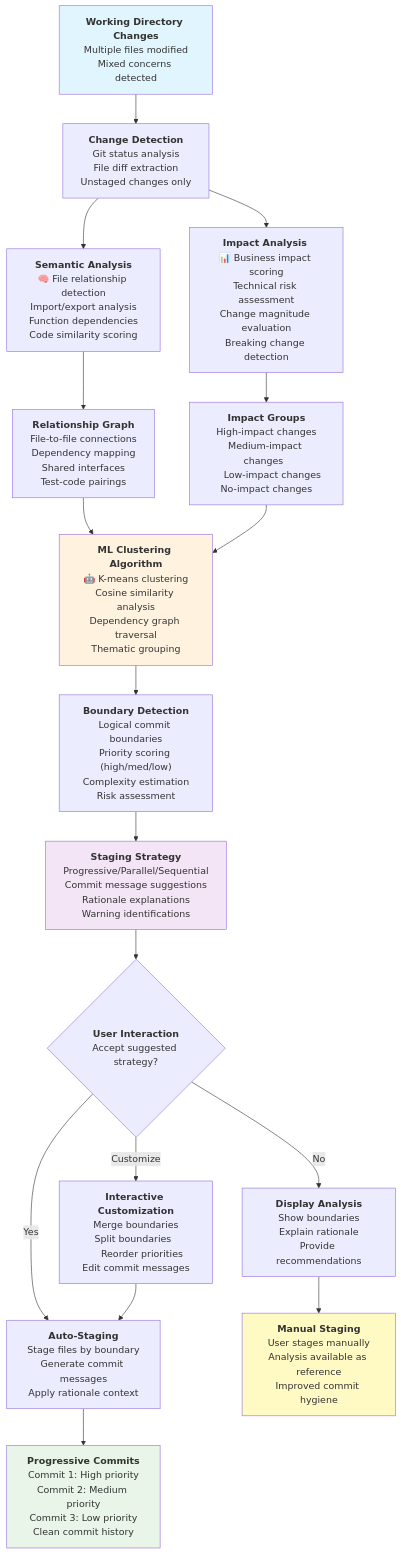
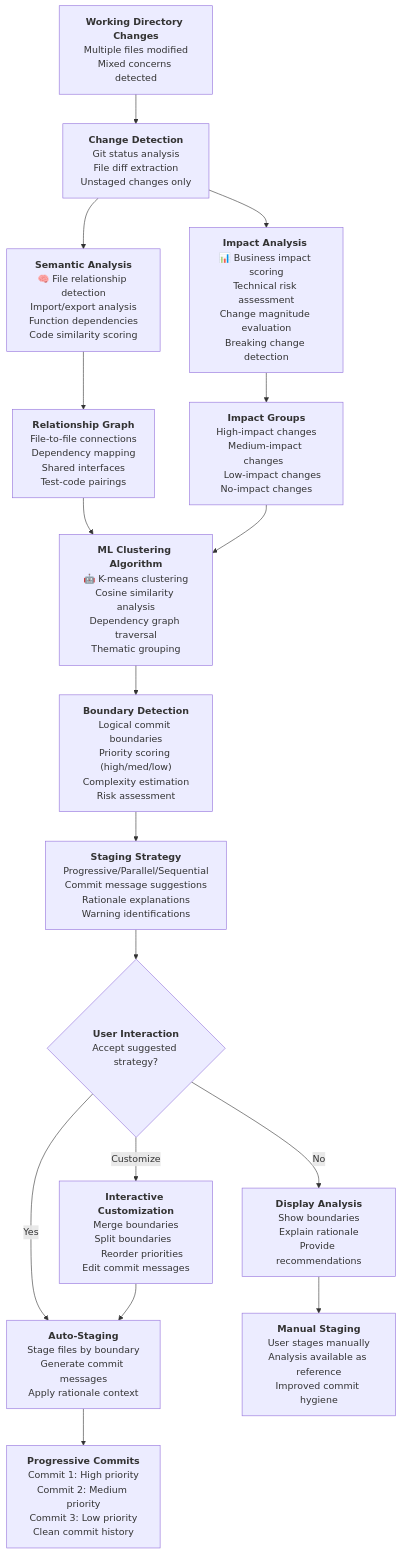
One commit to geogoesbeepboop/mastro changed the first of 7 diagrams in docs/diagrams/mastro-split-flow.md. Above: the diagram before and after it, drawn with Mermaid. The commit also changed other lines of this file and 5 other files, not shown here.

First line of the commit message:
docs: update analytics and flow diagrams for clarity

````diff
--- a/docs/diagrams/mastro-split-flow.md
+++ b/docs/diagrams/mastro-split-flow.md
@@ -7,4 +7,5 @@
 ```mermaid
+
 graph TD
     A["`**Working Directory Changes**
     Multiple files modified
@@ -88,9 +89,10 @@
     Analysis available as reference
     Improved commit hygiene`"]
 
-    style A fill:#e1f5fe
-    style G fill:#fff3e0
-    style I fill:#f3e5f5
-    style N fill:#e8f5e8
-    style O fill:#fff9c4
+    style A fill:#e1f5fe color:#000000
+    style G fill:#fff3e0 color:#000000
+    style I fill:#f3e5f5 color:#000000
+    style N fill:#e8f5e8 color:#000000
+    style O fill:#fff9c4 color:#000000
+
 ```
````
